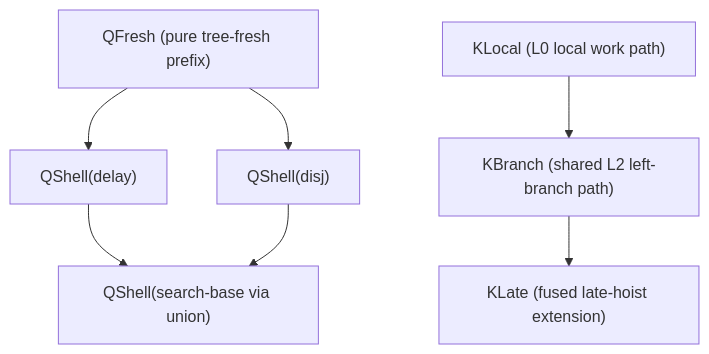
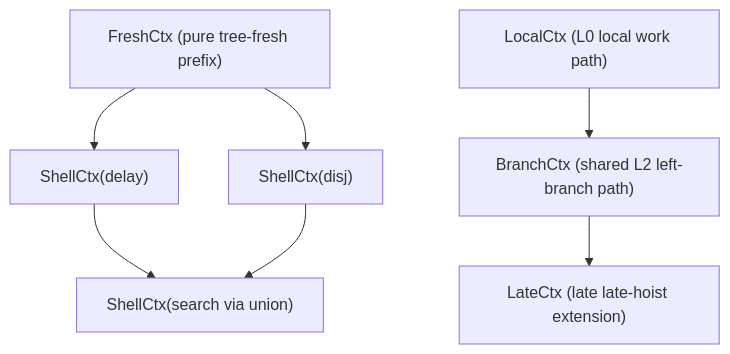
Before and after one commit to brysenPfingsten/mk-redex-viz: the second of 2 diagrams in racket-server/src/search-lattice/SEMILATTICE.md, drawn with Mermaid. The commit also changed other lines of this file and 57 other files, not shown here.

````diff
--- a/racket-server/src/search-lattice/SEMILATTICE.md
+++ b/racket-server/src/search-lattice/SEMILATTICE.md
@@ -330,19 +330,19 @@
 ```mermaid
 graph TD
-  qfresh["QFresh (pure tree-fresh prefix)"]
-  qshell_delay["QShell(delay)"]
-  qshell_disj["QShell(disj)"]
-  qshell_sb["QShell(search-base via union)"]
+  qfresh["FreshCtx (pure tree-fresh prefix)"]
+  qshell_delay["ShellCtx(delay)"]
+  qshell_disj["ShellCtx(disj)"]
+  qshell_sb["ShellCtx(search via union)"]
 
-  klocal["KLocal (L0 local work path)"]
-  kbranch["KBranch (shared L2 left-branch path)"]
-  klate["KLate (fused late-hoist extension)"]
+  klocal["LocalCtx (L0 local work path)"]
+  kbranch["BranchCtx (shared L2 left-branch path)"]
+  klate["LateCtx (late late-hoist extension)"]
 
   qfresh --> qshell_delay
   qfresh --> qshell_disj
   qshell_delay --> qshell_sb
   qshell_disj --> qshell_sb
 
   klocal --> kbranch
   kbranch --> klate
 ```
````
